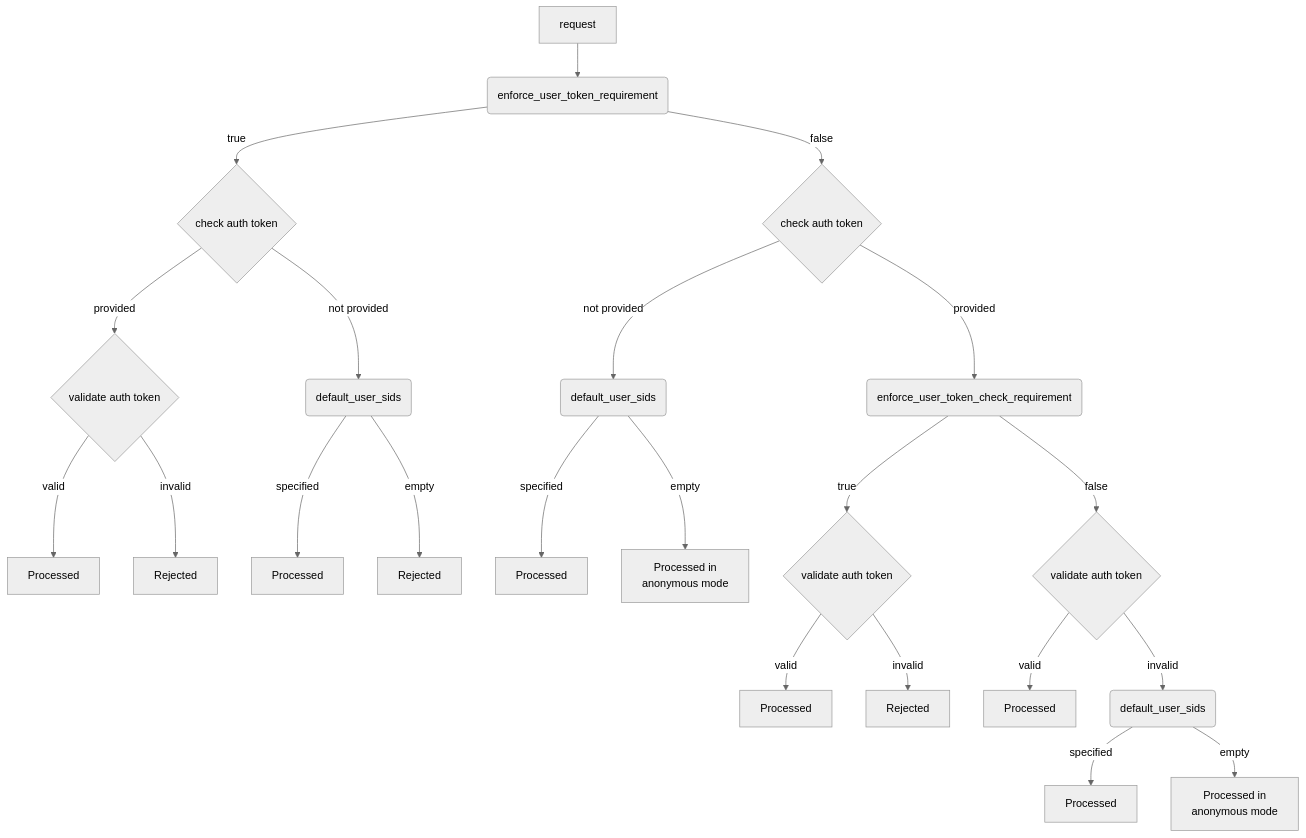
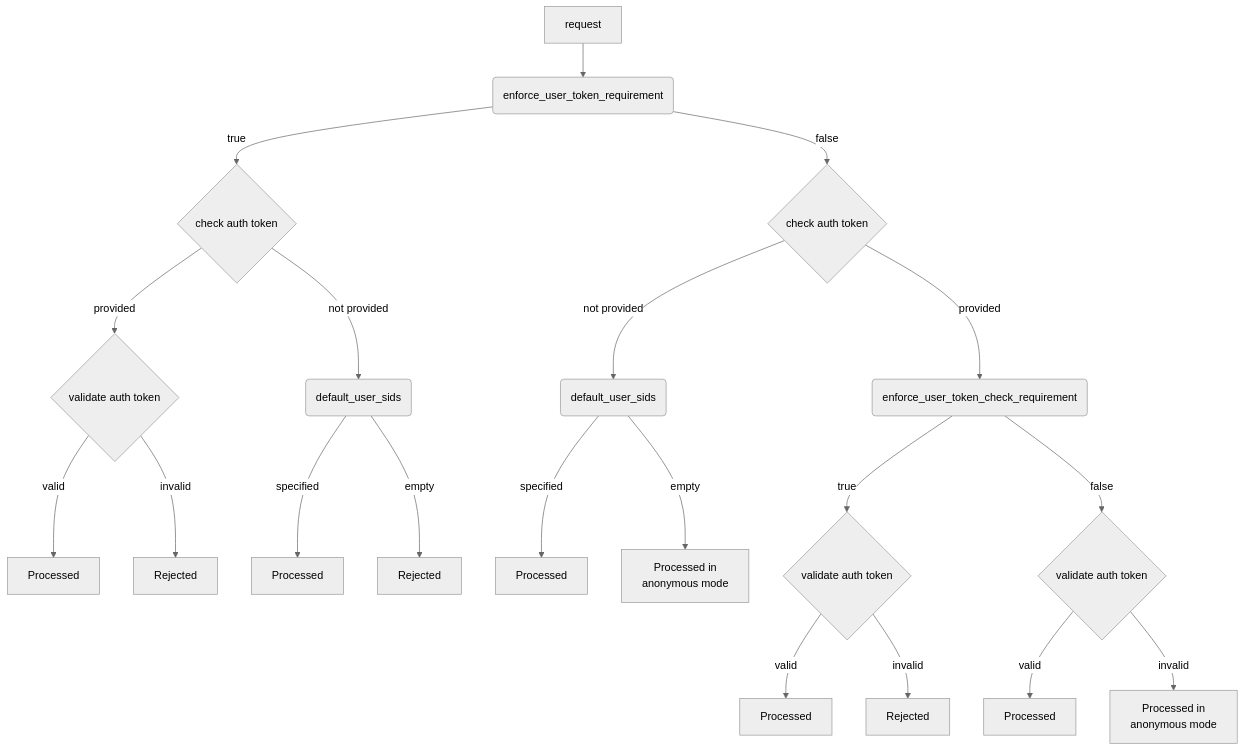
One commit to ydb-platform/ydb changed the diagram in ydb/docs/en/core/reference/configuration/security_config.md. Above: the diagram before and after it, drawn with Mermaid (neutral theme). The commit also changed 1 other file, not shown here.

Commit message:
Correct, but needs rearranging

````diff
--- a/ydb/docs/en/core/reference/configuration/security_config.md
+++ b/ydb/docs/en/core/reference/configuration/security_config.md
@@ -87,43 +87,39 @@
 ```mermaid
 flowchart TD
     request --> enforce
 
     enforce  --> |true| q1{check auth token}
 
         q1 --> |provided| q11{validate auth token}
 
             q11 --> |valid| p[Processed]
             q11 --> |invalid| r[Rejected]
 
         q1 --> |not provided| default
 
         default --> |specified| r2[Processed]
         default --> |empty| r3[Rejected]
 
     enforce  --> |false| auth-token{check auth token}
 
         auth-token --> |not provided| default2
 
             default2 --> |specified| default2_specified[Processed]
             default2 --> |empty| default2_empty[Processed in
             anonymous mode]
 
         auth-token --> |provided| check
 
             check --> |true| q2{validate auth token}
                 q2 --> |valid| r4[Processed]
                 q2 --> |invalid| r5[Rejected]
             check --> |false| q3{validate auth token}
                 q3 --> |valid| r6[Processed]
-                q3 --> |invalid| default3
-
-                    default3 --> |specified| default3_specified[Processed]
-                    default3 --> |empty| default3_empty[Processed in
+                q3 --> |invalid| default3_empty[Processed in
             anonymous mode]
 
-default3(default_user_sids)
 default2(default_user_sids)
 default(default_user_sids)
 enforce(enforce_user_token_requirement)
 check(enforce_user_token_check_requirement)
 ```
````
